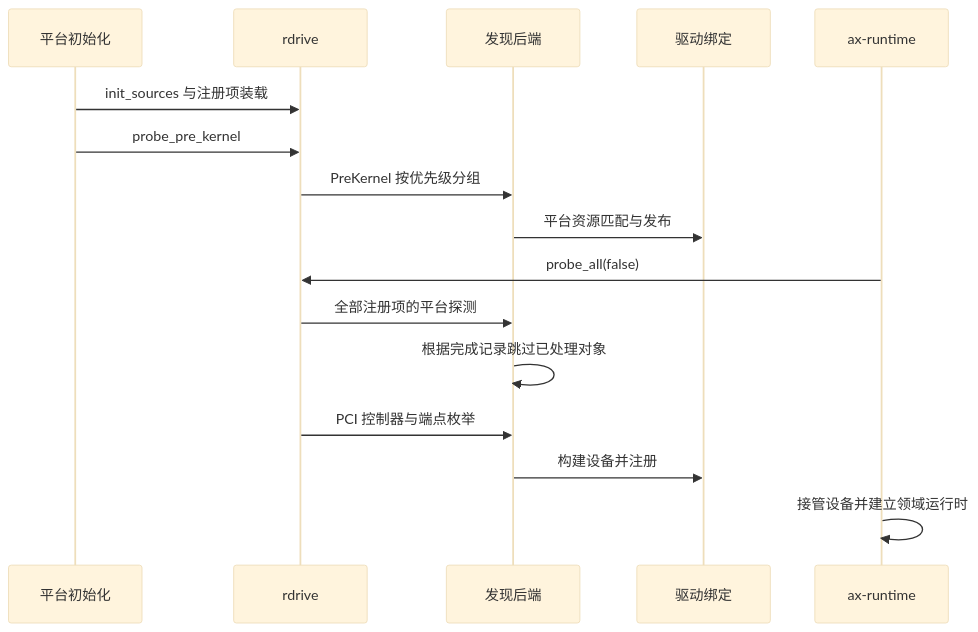
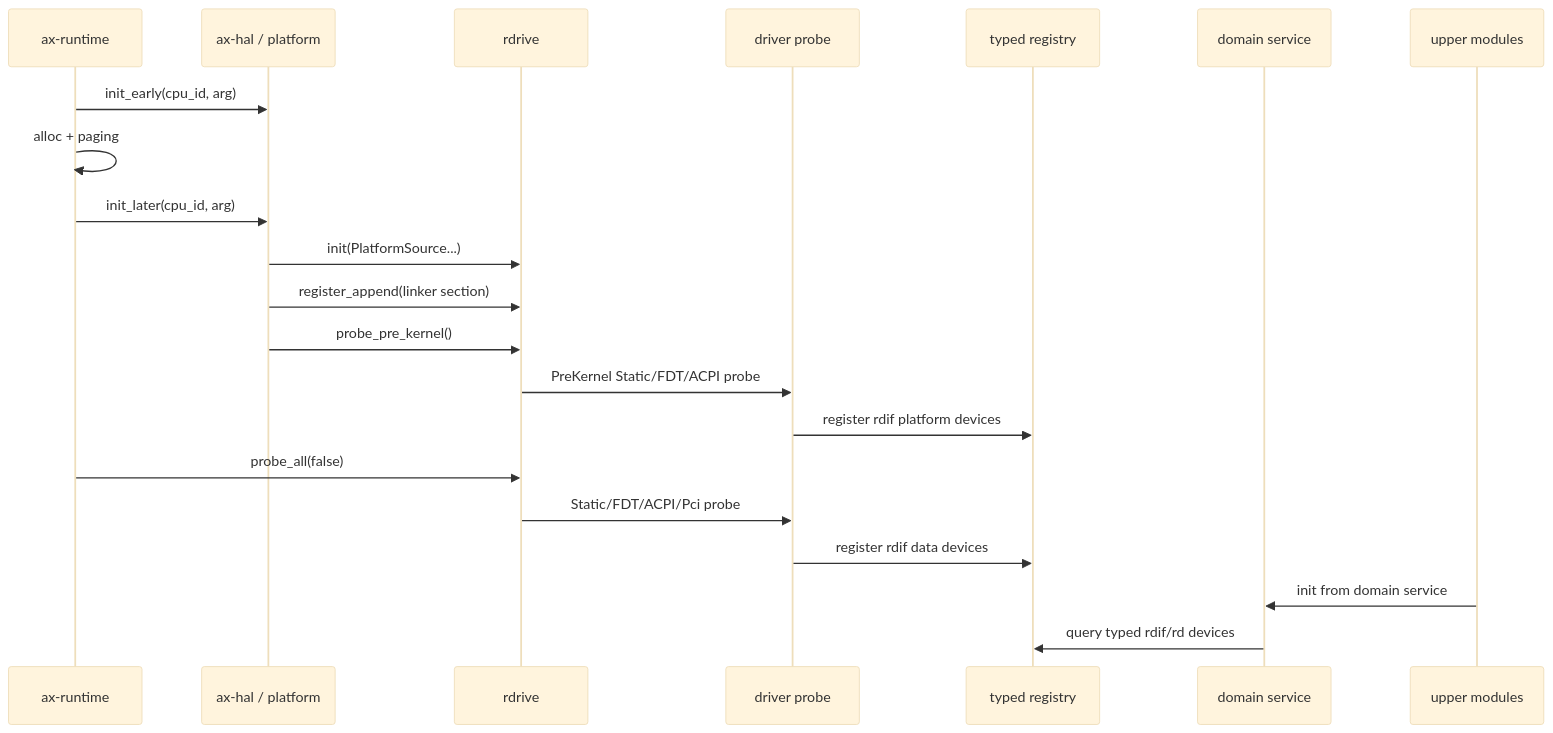
The first of 2 diagrams in docs/docs/architecture/driver/probe.md (Dirinkbottle/tgoskits), drawn with Mermaid (base theme) before and after one commit. The commit also changed other lines of this file and 3840 other files, not shown here.

````diff
--- a/docs/docs/architecture/driver/probe.md
+++ b/docs/docs/architecture/driver/probe.md
@@ -24,18 +20,24 @@
 ```mermaid
 sequenceDiagram
-    participant Platform as 平台初始化
+    participant Runtime as ax-runtime
+    participant Hal as ax-hal / platform
     participant Rdrive as rdrive
-    participant Backend as 发现后端
-    participant Glue as 驱动绑定
-    participant Runtime as ax-runtime
-    Platform->>Rdrive: init_sources 与注册项装载
-    Platform->>Rdrive: probe_pre_kernel
-    Rdrive->>Backend: PreKernel 按优先级分组
-    Backend->>Glue: 平台资源匹配与发布
+    participant Driver as driver probe
+    participant Registry as typed registry
+    participant Service as domain service
+    participant Upper as upper modules
+
+    Runtime->>Hal: init_early(cpu_id, arg)
+    Runtime->>Runtime: alloc + paging
+    Runtime->>Hal: init_later(cpu_id, arg)
+    Hal->>Rdrive: init(PlatformSource...)
+    Hal->>Rdrive: register_append(linker section)
+    Hal->>Rdrive: probe_pre_kernel()
+    Rdrive->>Driver: PreKernel Static/FDT/ACPI probe
+    Driver->>Registry: register rdif platform devices
     Runtime->>Rdrive: probe_all(false)
-    Rdrive->>Backend: 全部注册项的平台探测
-    Backend->>Backend: 根据完成记录跳过已处理对象
-    Rdrive->>Backend: PCI 控制器与端点枚举
-    Backend->>Glue: 构建设备并注册
-    Runtime->>Runtime: 接管设备并建立领域运行时
+    Rdrive->>Driver: Static/FDT/ACPI/Pci probe
+    Driver->>Registry: register rdif data devices
+    Upper->>Service: init from domain service
+    Service->>Registry: query typed rdif/rd devices
 ```
````
